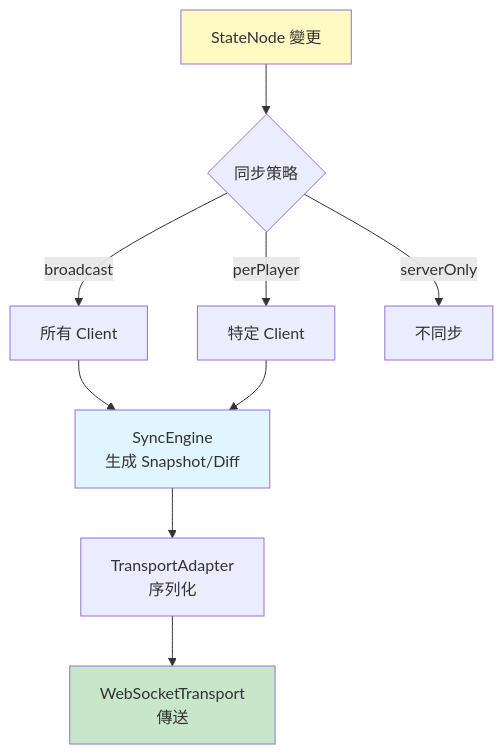
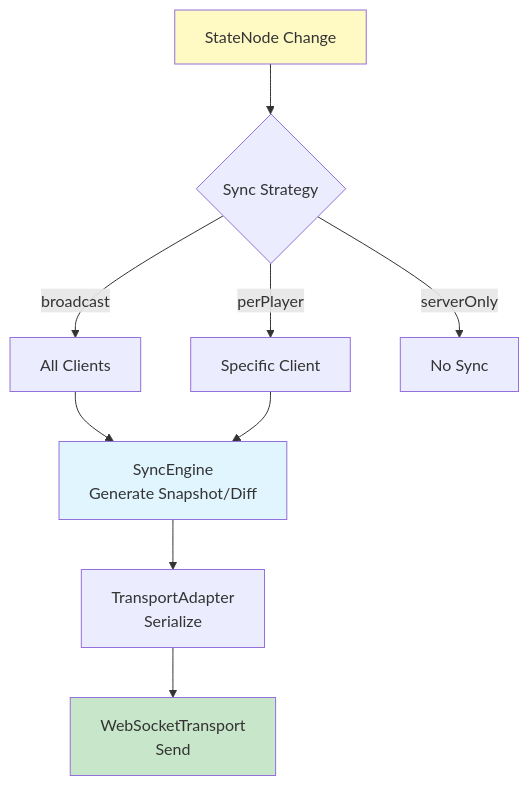
Before and after one commit to gmliao/swift-state-tree: the fifth of 5 diagrams in docs/overview.md, drawn with Mermaid. The commit also changed other lines of this file and 61 other files, not shown here.

````diff
--- a/docs/overview.md
+++ b/docs/overview.md
@@ -136,15 +138,15 @@
 ```mermaid
 graph TD
-    A[StateNode 變更] --> B{同步策略}
-    B -->|broadcast| C[所有 Client]
-    B -->|perPlayer| D[特定 Client]
-    B -->|serverOnly| E[不同步]
-    C --> F[SyncEngine<br/>生成 Snapshot/Diff]
+    A[StateNode Change] --> B{Sync Strategy}
+    B -->|broadcast| C[All Clients]
+    B -->|perPlayer| D[Specific Client]
+    B -->|serverOnly| E[No Sync]
+    C --> F[SyncEngine<br/>Generate Snapshot/Diff]
     D --> F
-    F --> G[TransportAdapter<br/>序列化]
-    G --> H[WebSocketTransport<br/>傳送]
+    F --> G[TransportAdapter<br/>Serialize]
+    G --> H[WebSocketTransport<br/>Send]
     
     style A fill:#fff9c4
     style F fill:#e1f5ff
     style H fill:#c8e6c9
 ```
````
